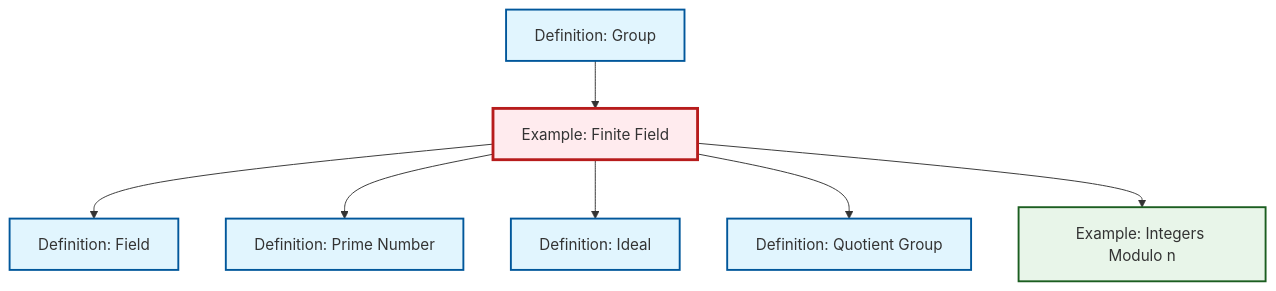
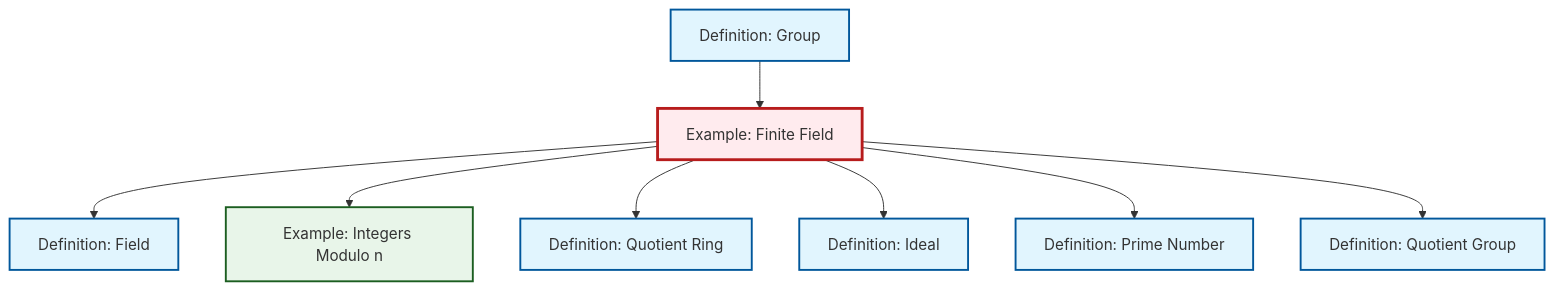
Before and after one commit to RK0429/ModernMath: the diagram in content/en/algebra/ex-finite-field.qmd, drawn with Mermaid. The commit also changed other lines of this file and 597 other files, not shown here.

````diff
--- a/content/en/algebra/ex-finite-field.qmd
+++ b/content/en/algebra/ex-finite-field.qmd
@@ -65,29 +66,32 @@
 ```{mermaid}
 %%| fig-cap: "Local dependency graph"
 graph TD
     classDef definition fill:#e1f5fe,stroke:#01579b,stroke-width:2px
     classDef theorem fill:#f3e5f5,stroke:#4a148c,stroke-width:2px
     classDef axiom fill:#fff3e0,stroke:#e65100,stroke-width:2px
     classDef example fill:#e8f5e9,stroke:#1b5e20,stroke-width:2px
     classDef current fill:#ffebee,stroke:#b71c1c,stroke-width:3px
+    ex-finite-field["Example: Finite Field"]:::example
     ex-quotient-integers-mod-n["Example: Integers Modulo n"]:::example
-    ex-finite-field["Example: Finite Field"]:::example
+    def-ideal["Definition: Ideal"]:::definition
+    def-quotient-ring["Definition: Quotient Ring"]:::definition
+    def-field["Definition: Field"]:::definition
+    def-quotient-group["Definition: Quotient Group"]:::definition
     def-prime["Definition: Prime Number"]:::definition
-    def-quotient-group["Definition: Quotient Group"]:::definition
-    def-ideal["Definition: Ideal"]:::definition
     def-group["Definition: Group"]:::definition
-    def-field["Definition: Field"]:::definition
+    def-group --> ex-finite-field
     ex-finite-field --> def-field
+    ex-finite-field --> ex-quotient-integers-mod-n
+    ex-finite-field --> def-quotient-ring
+    ex-finite-field --> def-ideal
     ex-finite-field --> def-prime
-    ex-finite-field --> def-ideal
     ex-finite-field --> def-quotient-group
-    ex-finite-field --> ex-quotient-integers-mod-n
-    def-group --> ex-finite-field
     class ex-finite-field current
     click ex-quotient-integers-mod-n "ex-quotient-integers-mod-n.html" "Go to Integers Modulo n example"
+    click def-ideal "def-ideal.html" "Go to Ideal definition"
+    click def-quotient-ring "def-quotient-ring.html" "Go to Quotient Ring definition"
+    click def-field "def-field.html" "Go to Field definition"
+    click def-quotient-group "def-quotient-group.html" "Go to Quotient Group definition"
     click def-prime "def-prime.html" "Go to Prime Number definition"
-    click def-quotient-group "def-quotient-group.html" "Go to Quotient Group definition"
-    click def-ideal "def-ideal.html" "Go to Ideal definition"
     click def-group "def-group.html" "Go to Group definition"
-    click def-field "def-field.html" "Go to Field definition"
 ```
````
